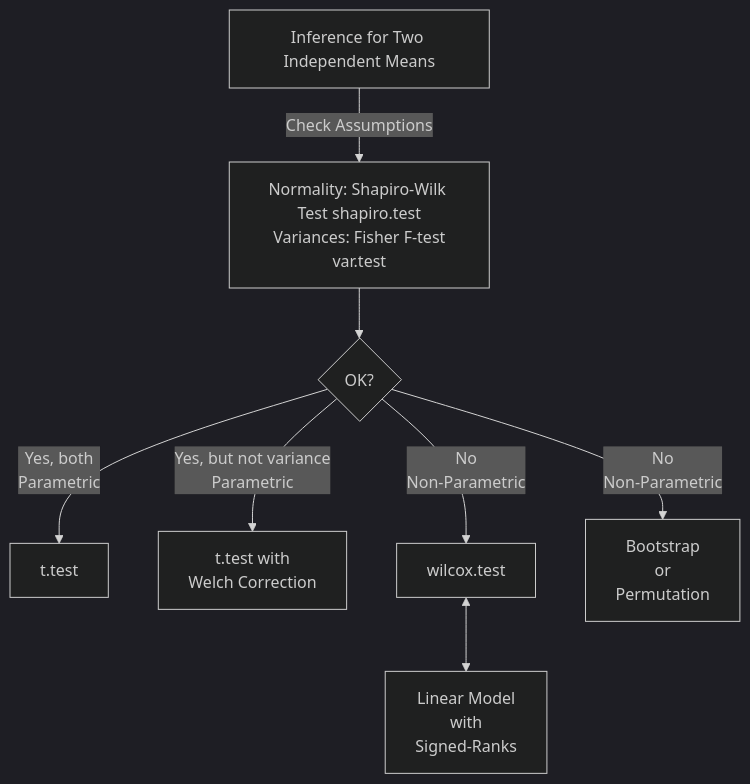
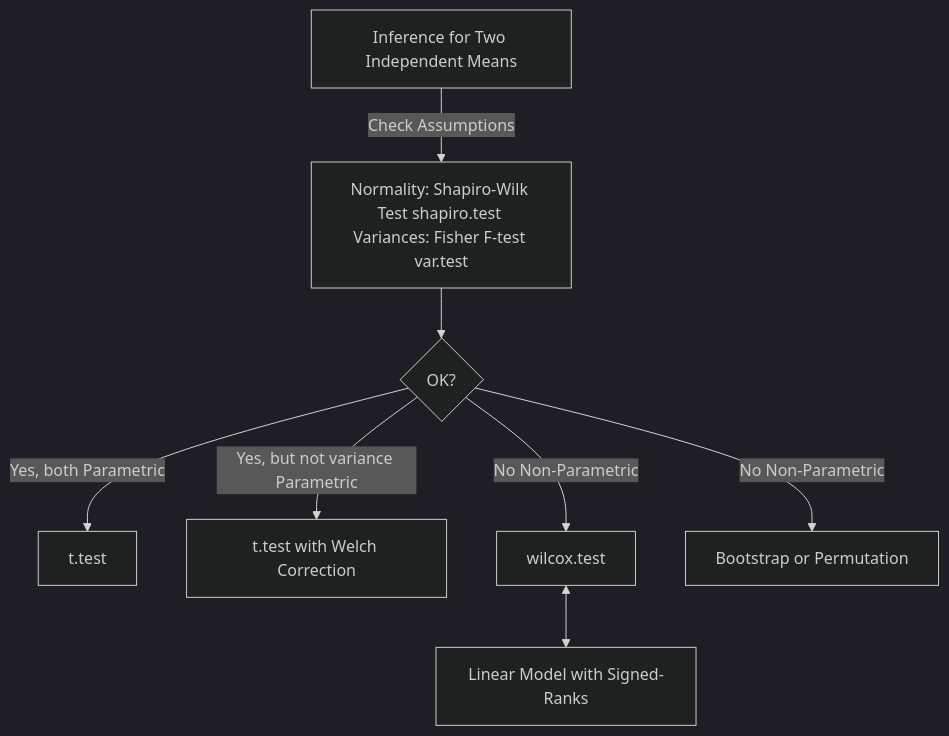
One commit to arvindvenkatadri/teachingtriz changed the diagram in content/courses/Analytics/Inference/Modules/110-TwoMeans/index.qmd. Above: the diagram before and after it, drawn with Mermaid (dark theme). The commit also changed other lines of this file and 760 other files, not shown here.

Commit message:
Two Means fixed

````diff
--- a/content/courses/Analytics/Inference/Modules/110-TwoMeans/index.qmd
+++ b/content/courses/Analytics/Inference/Modules/110-TwoMeans/index.qmd
@@ -126,12 +126,13 @@
 ```{mermaid}
 %%| echo: false
+%%| 
 flowchart TD
-    A[Inference for Two Independent Means] -->|Check Assumptions| B[Normality: Shapiro-Wilk Test shapiro.test\n Variances: Fisher F-test var.test]
+    A[Inference for Two Independent Means] -->|Check Assumptions| B[Normality: Shapiro-Wilk Test shapiro.test Variances: Fisher F-test var.test]
     B --> C{OK?}
-    C -->|Yes, both\n Parametric| D[t.test]
-    C -->|Yes, but not variance\n Parametric| W[t.test with\n Welch Correction]
-    C -->|No\n Non-Parametric| E[wilcox.test]
-    E <--> G[Linear Model\n with\n Signed-Ranks]
-    C -->|No\n Non-Parametric| P[Bootstrap\n or\n Permutation]
+    C -->|Yes, both Parametric| D[t.test]
+    C -->|Yes, but not variance Parametric| W[t.test with Welch Correction]
+    C -->|No Non-Parametric| E[wilcox.test]
+    E <--> G[Linear Model with Signed-Ranks]
+    C -->|No Non-Parametric| P[Bootstrap or Permutation]
 
 ```
````
